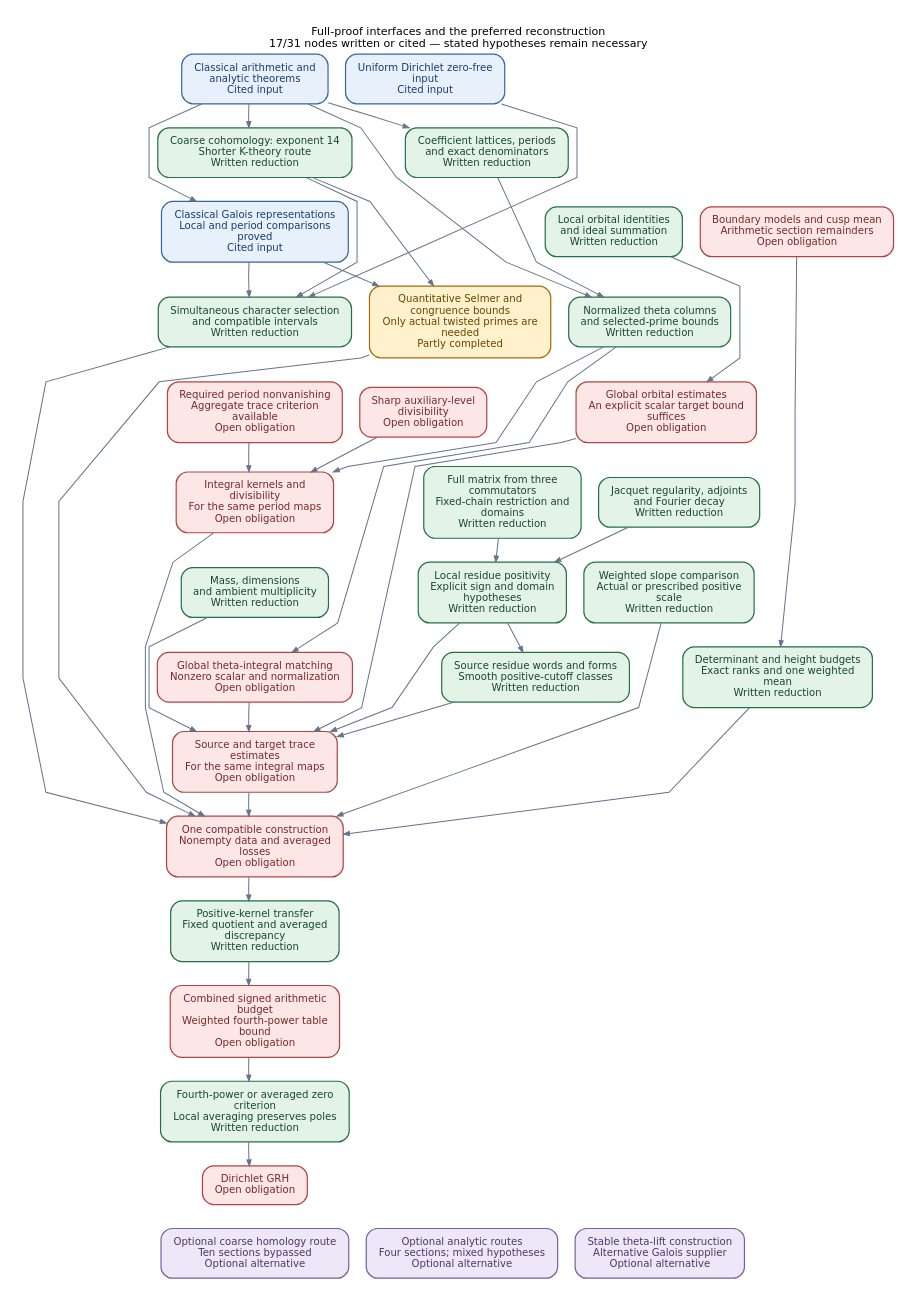
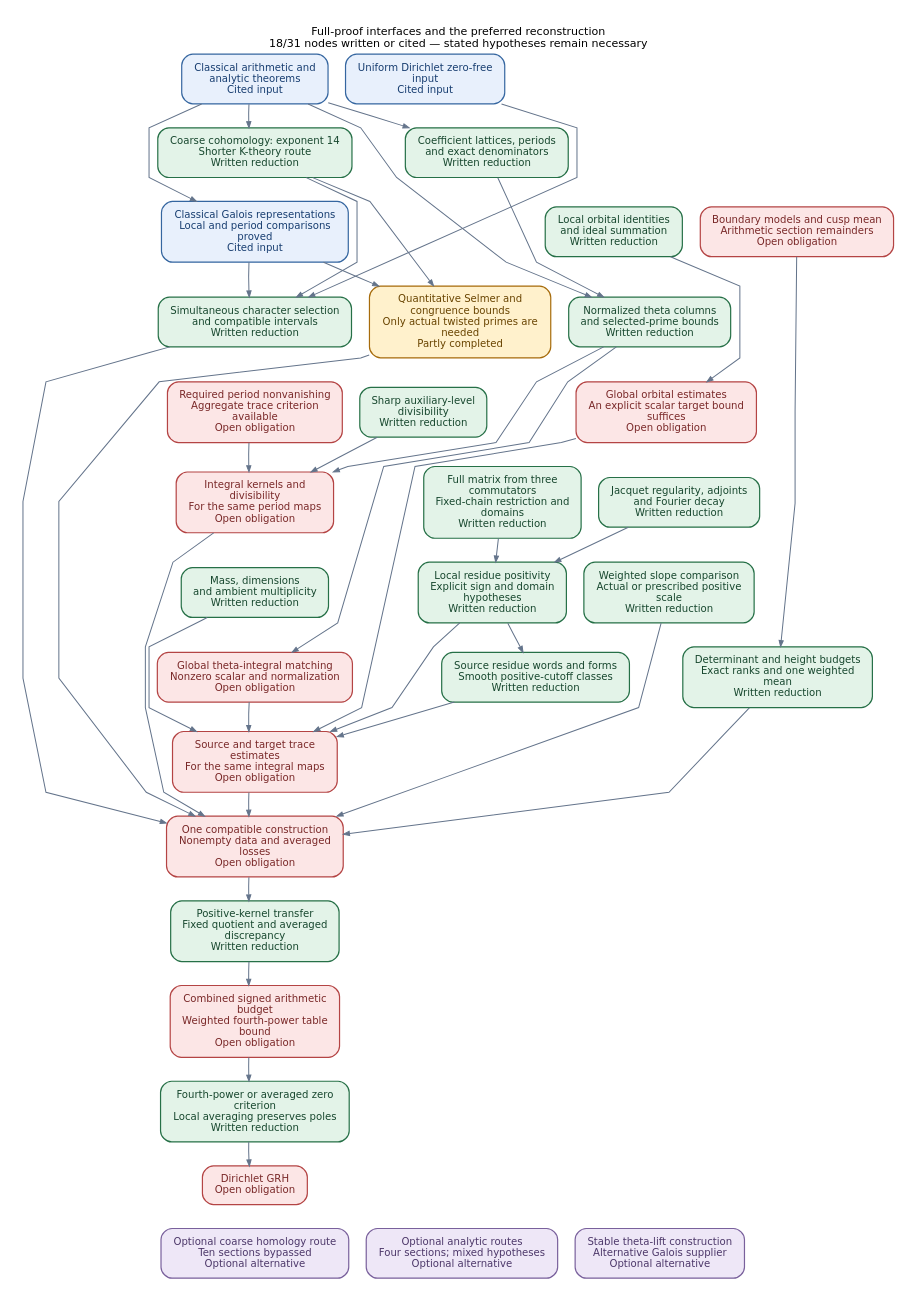
One commit to JoseBrox/GRH_distillation changed the diagram in blueprint/grh/proof.dot. Above: the diagram before and after it, drawn with Graphviz. The commit also changed 11 other files, not shown here.

Commit message:
Record completion of the existing sharp auxiliary-level node

```diff
--- a/blueprint/grh/proof.dot
+++ b/blueprint/grh/proof.dot
@@ -1,119 +1,119 @@
 digraph proof {
 graph [rankdir=TB, bgcolor="white", pad="0.24", nodesep="0.30", ranksep="0.48",
-  fontname="DejaVu Sans", fontsize=12, labelloc=t, label="Full-proof interfaces and the preferred reconstruction\n17/31 nodes written or cited — stated hypotheses remain necessary", splines=polyline];
+  fontname="DejaVu Sans", fontsize=12, labelloc=t, label="Full-proof interfaces and the preferred reconstruction\n18/31 nodes written or cited — stated hypotheses remain necessary", splines=polyline];
 node [shape=box, style="rounded,filled", fontname="DejaVu Sans", fontsize=11,
   margin="0.18,0.12", penwidth=1.3];
 edge [color="#64748B", penwidth=1.1, arrowsize=0.65];
 graph [nodesep="0.26", ranksep="0.36"];
 "qrh" [label="Uniform Dirichlet zero-free\ninput\nCited input", fillcolor="#E8F0FC", color="#3566A0", fontcolor="#173D70"];
 "classical" [label="Classical arithmetic and\nanalytic theorems\nCited input", fillcolor="#E8F0FC", color="#3566A0", fontcolor="#173D70"];
 "selection" [label="Simultaneous character selection\nand compatible intervals\nWritten reduction", fillcolor="#E3F3E8", color="#267047", fontcolor="#17472E"];
 "coarse" [label="Coarse cohomology: exponent 14\nShorter K-theory route\nWritten reduction", fillcolor="#E3F3E8", color="#267047", fontcolor="#17472E"];
 "refined" [label="Quantitative Selmer and\ncongruence bounds\nOnly actual twisted primes are\nneeded\nPartly completed", fillcolor="#FFF1CC", color="#A66B0B", fontcolor="#694400"];
 "coefficients" [label="Coefficient lattices, periods\nand exact denominators\nWritten reduction", fillcolor="#E3F3E8", color="#267047", fontcolor="#17472E"];
 "theta" [label="Normalized theta columns\nand selected-prime bounds\nWritten reduction", fillcolor="#E3F3E8", color="#267047", fontcolor="#17472E"];
 "seed" [label="Required period nonvanishing\nAggregate trace criterion\navailable\nOpen obligation", fillcolor="#FCE6E6", color="#B44444", fontcolor="#792828"];
-"level" [label="Sharp auxiliary-level\ndivisibility\nOpen obligation", fillcolor="#FCE6E6", color="#B44444", fontcolor="#792828"];
+"level" [label="Sharp auxiliary-level\ndivisibility\nWritten reduction", fillcolor="#E3F3E8", color="#267047", fontcolor="#17472E"];
 "divisibility" [label="Integral kernels and\ndivisibility\nFor the same period maps\nOpen obligation", fillcolor="#FCE6E6", color="#B44444", fontcolor="#792828"];
 "local_orbits" [label="Local orbital identities\nand ideal summation\nWritten reduction", fillcolor="#E3F3E8", color="#267047", fontcolor="#17472E"];
 "global_orbits" [label="Global orbital estimates\nAn explicit scalar target bound\nsuffices\nOpen obligation", fillcolor="#FCE6E6", color="#B44444", fontcolor="#792828"];
 "dimensions" [label="Mass, dimensions\nand ambient multiplicity\nWritten reduction", fillcolor="#E3F3E8", color="#267047", fontcolor="#17472E"];
 "matrix" [label="Full matrix from three\ncommutators\nFixed-chain restriction and\ndomains\nWritten reduction", fillcolor="#E3F3E8", color="#267047", fontcolor="#17472E"];
 "jacquet" [label="Jacquet regularity, adjoints\nand Fourier decay\nWritten reduction", fillcolor="#E3F3E8", color="#267047", fontcolor="#17472E"];
 "residue" [label="Local residue positivity\nExplicit sign and domain\nhypotheses\nWritten reduction", fillcolor="#E3F3E8", color="#267047", fontcolor="#17472E"];
 "norms" [label="Source and target trace\nestimates\nFor the same integral maps\nOpen obligation", fillcolor="#FCE6E6", color="#B44444", fontcolor="#792828"];
 "slope" [label="Weighted slope comparison\nActual or prescribed positive\nscale\nWritten reduction", fillcolor="#E3F3E8", color="#267047", fontcolor="#17472E"];
 "compatible" [label="One compatible construction\nNonempty data and averaged\nlosses\nOpen obligation", fillcolor="#FCE6E6", color="#B44444", fontcolor="#792828"];
 "bound" [label="Combined signed arithmetic\nbudget\nWeighted fourth-power table\nbound\nOpen obligation", fillcolor="#FCE6E6", color="#B44444", fontcolor="#792828"];
 "criterion" [label="Fourth-power or averaged zero\ncriterion\nLocal averaging preserves poles\nWritten reduction", fillcolor="#E3F3E8", color="#267047", fontcolor="#17472E"];
 "grh" [label="Dirichlet GRH\nOpen obligation", fillcolor="#FCE6E6", color="#B44444", fontcolor="#792828"];
 "alt_homology" [label="Optional coarse homology route\nTen sections bypassed\nOptional alternative", fillcolor="#EEE7F7", color="#79609C", fontcolor="#4C3769"];
 "alt_analytic" [label="Optional analytic routes\nFour sections; mixed hypotheses\nOptional alternative", fillcolor="#EEE7F7", color="#79609C", fontcolor="#4C3769"];
 "galois" [label="Classical Galois representations\nLocal and period comparisons\nproved\nCited input", fillcolor="#E8F0FC", color="#3566A0", fontcolor="#173D70"];
 "stable_lift" [label="Stable theta-lift construction\nAlternative Galois supplier\nOptional alternative", fillcolor="#EEE7F7", color="#79609C", fontcolor="#4C3769"];
 "theta_identity" [label="Global theta-integral matching\nNonzero scalar and normalization\nOpen obligation", fillcolor="#FCE6E6", color="#B44444", fontcolor="#792828"];
 "geometry" [label="Boundary models and cusp mean\nArithmetic section remainders\nOpen obligation", fillcolor="#FCE6E6", color="#B44444", fontcolor="#792828"];
 "source_dictionary" [label="Source residue words and forms\nSmooth positive-cutoff classes\nWritten reduction", fillcolor="#E3F3E8", color="#267047", fontcolor="#17472E"];
 "covolume_defect" [label="Determinant and height budgets\nExact ranks and one weighted\nmean\nWritten reduction", fillcolor="#E3F3E8", color="#267047", fontcolor="#17472E"];
 "averaging" [label="Positive-kernel transfer\nFixed quotient and averaged\ndiscrepancy\nWritten reduction", fillcolor="#E3F3E8", color="#267047", fontcolor="#17472E"];
 "qrh" -> "selection";
 "classical" -> "coarse";
 "coarse" -> "selection";
 "coarse" -> "refined";
 "classical" -> "coefficients";
 "classical" -> "theta";
 "coefficients" -> "theta";
 "theta" -> "divisibility";
 "seed" -> "divisibility";
 "level" -> "divisibility";
 "local_orbits" -> "global_orbits";
 "global_orbits" -> "norms";
 "dimensions" -> "norms";
 "matrix" -> "residue";
 "jacquet" -> "residue";
 "residue" -> "norms";
 "selection" -> "compatible";
 "refined" -> "compatible";
 "divisibility" -> "compatible";
 "norms" -> "compatible";
 "slope" -> "compatible";
 "bound" -> "criterion";
 "criterion" -> "grh";
 "galois" -> "selection";
 "galois" -> "refined";
 "theta" -> "theta_identity";
 "theta_identity" -> "norms";
 "residue" -> "source_dictionary";
 "source_dictionary" -> "norms";
 "geometry" -> "covolume_defect";
 "covolume_defect" -> "compatible";
 "compatible" -> "averaging";
 "averaging" -> "bound";
 "classical" -> "galois";
 {rank=same; "classical"; "qrh";}
 {rank=same; "coarse"; "coefficients";}
 {rank=same; "galois"; "local_orbits"; "geometry";}
 {rank=same; "selection"; "refined"; "theta";}
 {rank=same; "seed"; "level"; "global_orbits";}
 {rank=same; "divisibility"; "matrix"; "jacquet";}
 {rank=same; "dimensions"; "residue"; "slope";}
 {rank=same; "theta_identity"; "source_dictionary"; "covolume_defect";}
 {rank=same; "norms";}
 {rank=same; "compatible";}
 {rank=same; "averaging";}
 {rank=same; "bound";}
 {rank=same; "criterion";}
 {rank=same; "grh";}
 {rank=same; "alt_homology"; "alt_analytic"; "stable_lift";}
 // Invisible edges below control layout only; they are not proof interfaces.
 "classical" -> "qrh" [style=invis, weight=50];
 "coarse" -> "coefficients" [style=invis, weight=50];
 "galois" -> "local_orbits" [style=invis, weight=50];
 "local_orbits" -> "geometry" [style=invis, weight=50];
 "selection" -> "refined" [style=invis, weight=50];
 "refined" -> "theta" [style=invis, weight=50];
 "seed" -> "level" [style=invis, weight=50];
 "level" -> "global_orbits" [style=invis, weight=50];
 "divisibility" -> "matrix" [style=invis, weight=50];
 "matrix" -> "jacquet" [style=invis, weight=50];
 "dimensions" -> "residue" [style=invis, weight=50];
 "residue" -> "slope" [style=invis, weight=50];
 "theta_identity" -> "source_dictionary" [style=invis, weight=50];
 "source_dictionary" -> "covolume_defect" [style=invis, weight=50];
 "alt_homology" -> "alt_analytic" [style=invis, weight=50];
 "alt_analytic" -> "stable_lift" [style=invis, weight=50];
 "classical" -> "coarse" [style=invis, weight=50];
 "coarse" -> "galois" [style=invis, weight=50];
 "galois" -> "selection" [style=invis, weight=50];
 "selection" -> "seed" [style=invis, weight=50];
 "seed" -> "divisibility" [style=invis, weight=50];
 "divisibility" -> "dimensions" [style=invis, weight=50];
 "dimensions" -> "theta_identity" [style=invis, weight=50];
 "theta_identity" -> "norms" [style=invis, weight=50];
 "norms" -> "compatible" [style=invis, weight=50];
 "compatible" -> "averaging" [style=invis, weight=50];
 "averaging" -> "bound" [style=invis, weight=50];
 "bound" -> "criterion" [style=invis, weight=50];
 "criterion" -> "grh" [style=invis, weight=50];
 "grh" -> "alt_homology" [style=invis, weight=50];
 }
```
